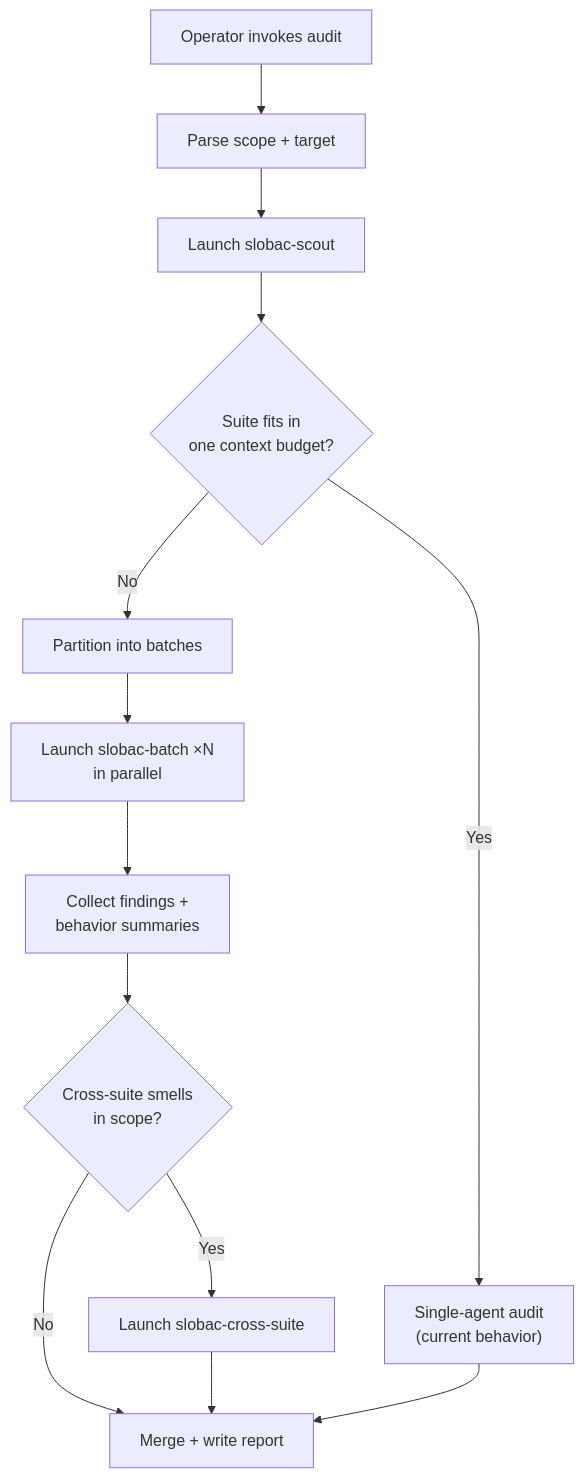
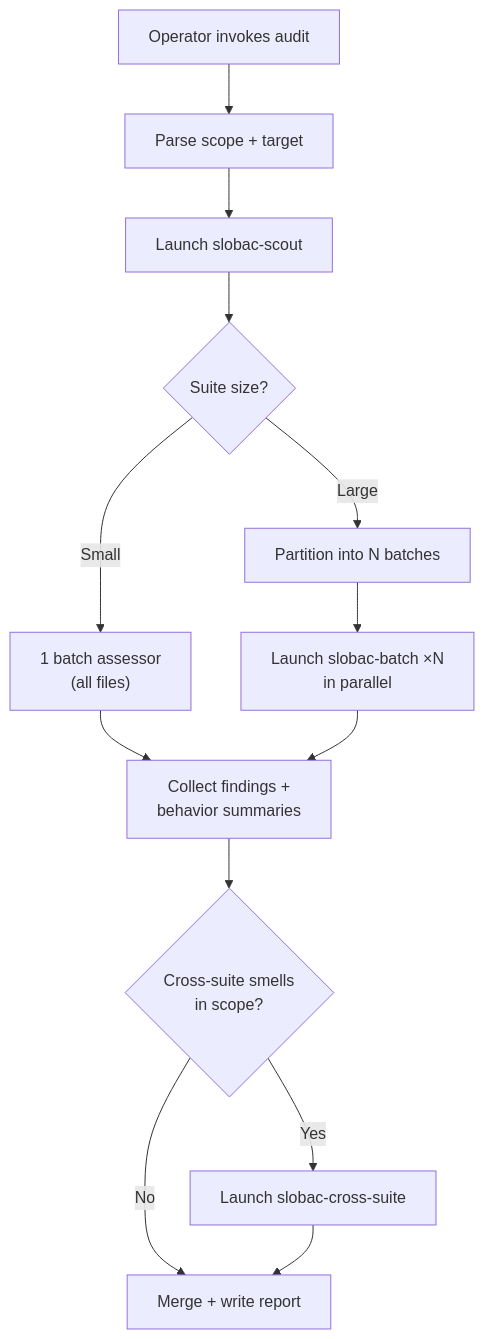
Before and after one commit to Texarkanine/slobac: the second of 2 diagrams in memory-bank/active/tasks.md, drawn with Mermaid. The commit also changed other lines of this file and 3 other files, not shown here.

````diff
--- a/memory-bank/active/tasks.md
+++ b/memory-bank/active/tasks.md
@@ -46,15 +46,15 @@
 ```mermaid
 flowchart TD
     A["Operator invokes audit"] --> B["Parse scope + target"]
     B --> C["Launch slobac-scout"]
-    C --> D{"Suite fits in<br/>one context budget?"}
-    D -->|"Yes"| E["Single-agent audit<br/>(current behavior)"]
-    D -->|"No"| F["Partition into batches"]
+    C --> D{"Suite size?"}
+    D -->|"Small"| E["1 batch assessor<br/>(all files)"]
+    D -->|"Large"| F["Partition into N batches"]
     F --> G["Launch slobac-batch #times;N<br/>in parallel"]
-    G --> H["Collect findings +<br/>behavior summaries"]
+    E --> H["Collect findings +<br/>behavior summaries"]
+    G --> H
     H --> I{"Cross-suite smells<br/>in scope?"}
     I -->|"Yes"| J["Launch slobac-cross-suite"]
     I -->|"No"| K["Merge + write report"]
     J --> K
-    E --> K
 ```
````
